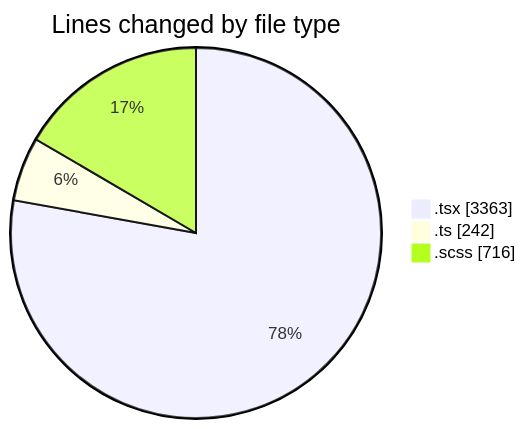
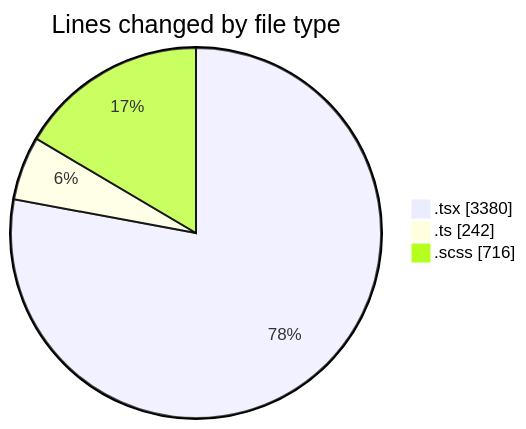
The first of 2 diagrams in 2025-09-15/cda/README.md (momahboobian/code-tracking), drawn with Mermaid before and after one commit. The commit also changed other lines of this file and 1 other file, not shown here.

````diff
--- a/2025-09-15/cda/README.md
+++ b/2025-09-15/cda/README.md
@@ -25,7 +25,7 @@
 ```mermaid
 pie showData
 title Lines changed by file type
-".tsx" : 3363
+".tsx" : 3380
 ".ts" : 242
 ".scss" : 716
 ```
````
